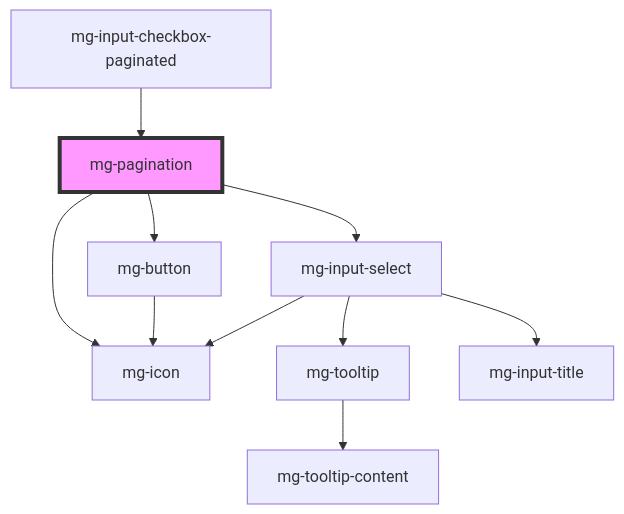
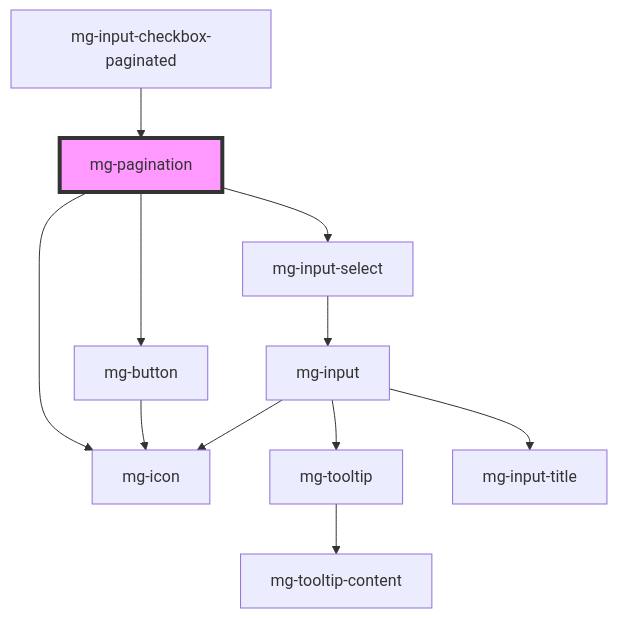
The diagram in packages/mg-components/src/components/molecules/mg-pagination/readme.md (MGDIS/core-ui), drawn with Mermaid before and after one commit. The commit also changed 39 other files, not shown here.

````diff
--- a/packages/mg-components/src/components/molecules/mg-pagination/readme.md
+++ b/packages/mg-components/src/components/molecules/mg-pagination/readme.md
@@ -59,13 +59,14 @@
 ```mermaid
 graph TD;
   mg-pagination --> mg-button
   mg-pagination --> mg-icon
   mg-pagination --> mg-input-select
   mg-button --> mg-icon
-  mg-input-select --> mg-tooltip
-  mg-input-select --> mg-icon
-  mg-input-select --> mg-input-title
+  mg-input-select --> mg-input
+  mg-input --> mg-tooltip
+  mg-input --> mg-icon
+  mg-input --> mg-input-title
   mg-tooltip --> mg-tooltip-content
   mg-input-checkbox-paginated --> mg-pagination
   style mg-pagination fill:#f9f,stroke:#333,stroke-width:4px
 ```
````
